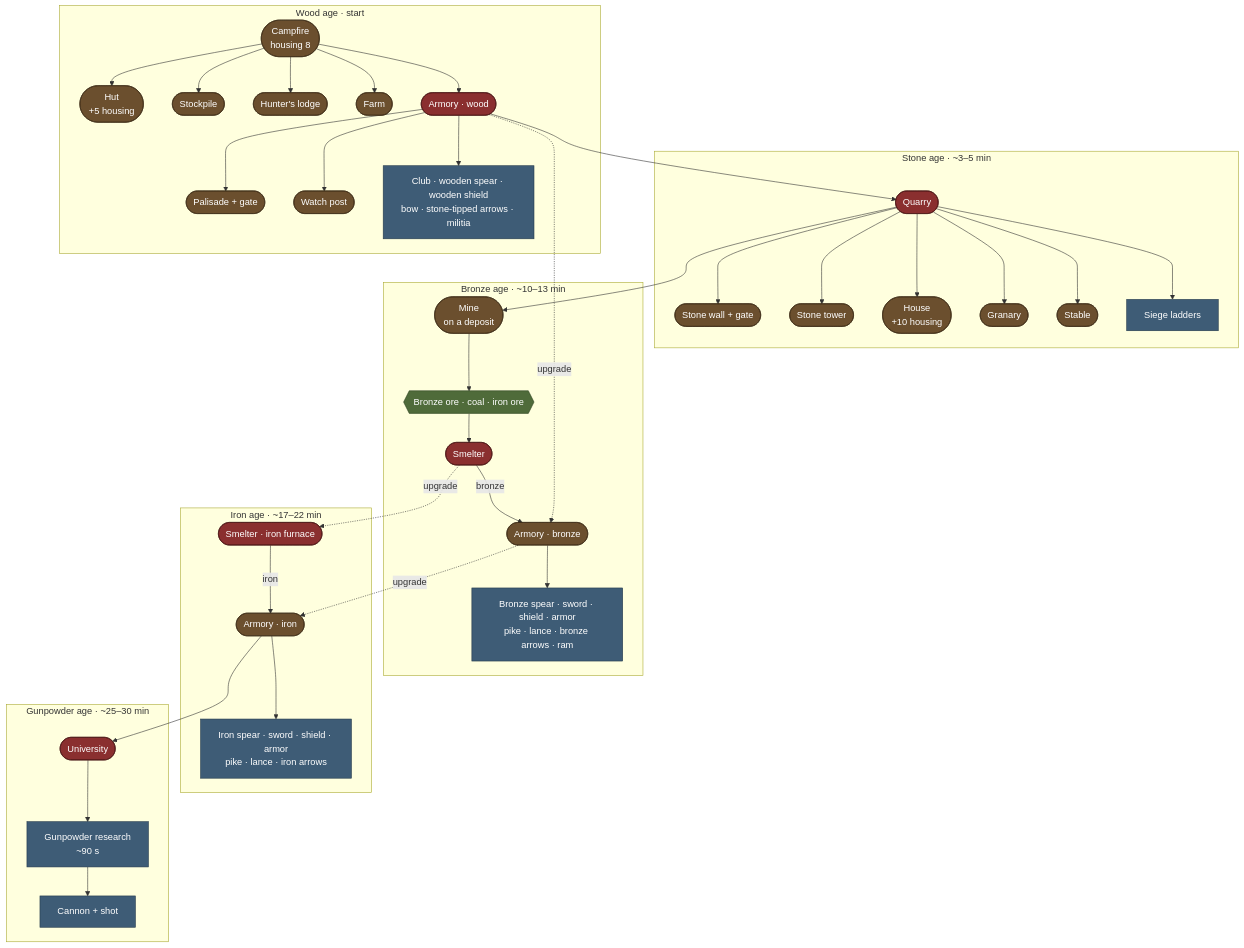
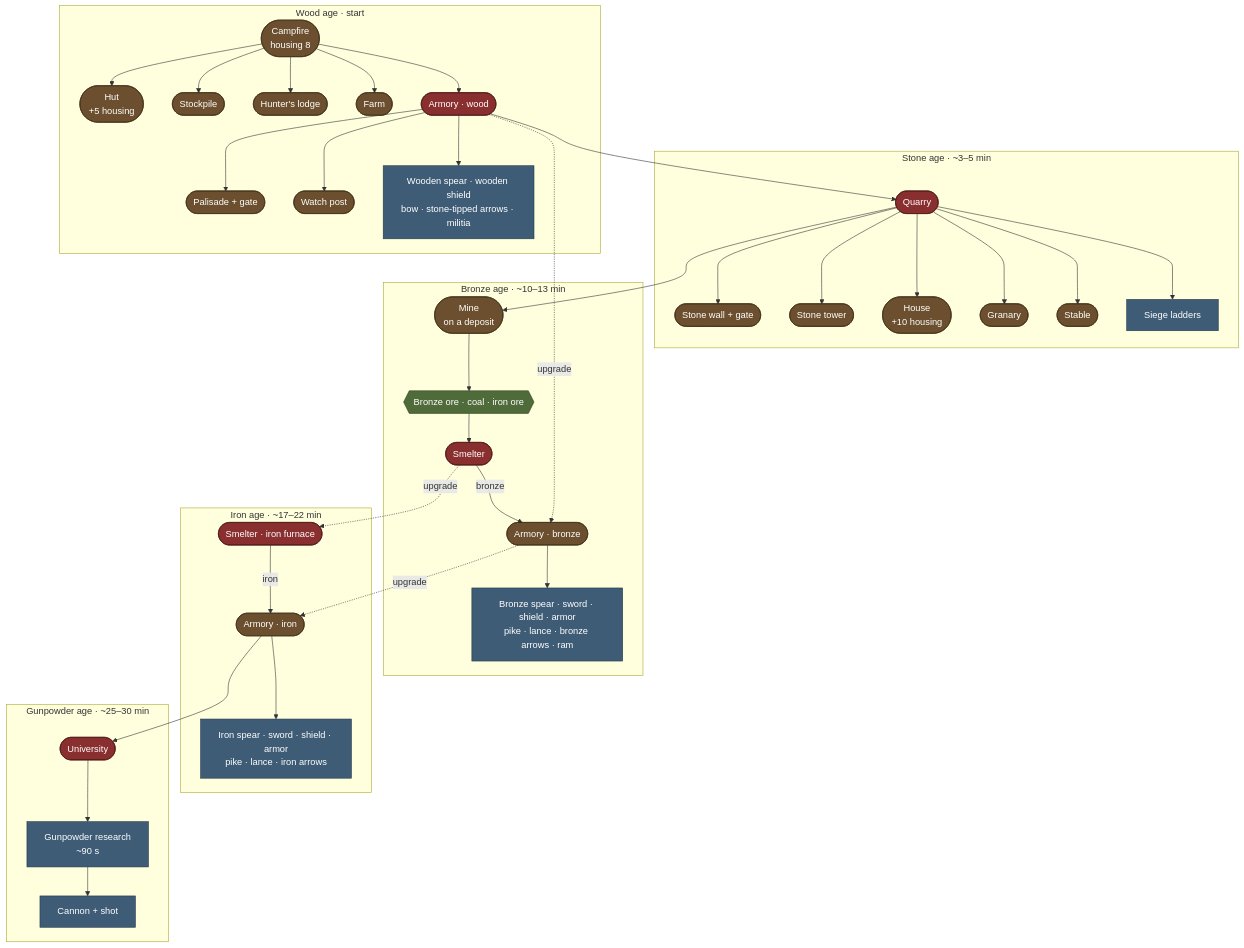
One commit to BenNorbom/MarchHold changed the first of 4 diagrams in TECH_TREE.md. Above: the diagram before and after it, drawn with Mermaid. The commit also changed 15 other files, not shown here.

````diff
--- a/TECH_TREE.md
+++ b/TECH_TREE.md
@@ -11,61 +11,61 @@
 ```mermaid
 flowchart TB
   classDef bld fill:#6b4f2e,stroke:#3d2c18,color:#fff
   classDef item fill:#3e5c76,stroke:#22384a,color:#fff
   classDef res fill:#4f6b3a,stroke:#2e4222,color:#fff
   classDef key fill:#8a2f2f,stroke:#4a1616,color:#fff
 
   subgraph WOOD["Wood age · start"]
     fire(["Campfire<br/>housing 8"]):::bld
     hut(["Hut<br/>+5 housing"]):::bld
     stock(["Stockpile"]):::bld
     lodge(["Hunter's lodge"]):::bld
     farm(["Farm"]):::bld
     armory1(["Armory · wood"]):::key
     palisade(["Palisade + gate"]):::bld
     post(["Watch post"]):::bld
-    w_items["Club · wooden spear · wooden shield<br/>bow · stone-tipped arrows · militia"]:::item
+    w_items["Wooden spear · wooden shield<br/>bow · stone-tipped arrows · militia"]:::item
   end
 
   subgraph STONE["Stone age · ~3–5 min"]
     quarry(["Quarry"]):::key
     swall(["Stone wall + gate"]):::bld
     tower(["Stone tower"]):::bld
     house(["House<br/>+10 housing"]):::bld
     granary(["Granary"]):::bld
     stable(["Stable"]):::bld
     ladders["Siege ladders"]:::item
   end
 
   subgraph BRONZE["Bronze age · ~10–13 min"]
     mine(["Mine<br/>on a deposit"]):::bld
     ores{{"Bronze ore · coal · iron ore"}}:::res
     smelter1(["Smelter"]):::key
     armory2(["Armory · bronze"]):::bld
     b_items["Bronze spear · sword · shield · armor<br/>pike · lance · bronze arrows · ram"]:::item
   end
 
   subgraph IRON["Iron age · ~17–22 min"]
     smelter2(["Smelter · iron furnace"]):::key
     armory3(["Armory · iron"]):::bld
     i_items["Iron spear · sword · shield · armor<br/>pike · lance · iron arrows"]:::item
   end
 
   subgraph GUN["Gunpowder age · ~25–30 min"]
     univ(["University"]):::key
     research["Gunpowder research<br/>~90 s"]:::item
     cannon["Cannon + shot"]:::item
   end
 
   fire --> hut & stock & lodge & farm & armory1
   armory1 --> palisade & post & w_items
   armory1 --> quarry
   quarry --> swall & tower & house & granary & stable & ladders
   quarry --> mine --> ores --> smelter1
   smelter1 -->|"bronze"| armory2 --> b_items
   armory1 -.->|upgrade| armory2
   smelter1 -.->|upgrade| smelter2
   smelter2 -->|"iron"| armory3 --> i_items
   armory2 -.->|upgrade| armory3
   armory3 --> univ --> research --> cannon
 ```
````
